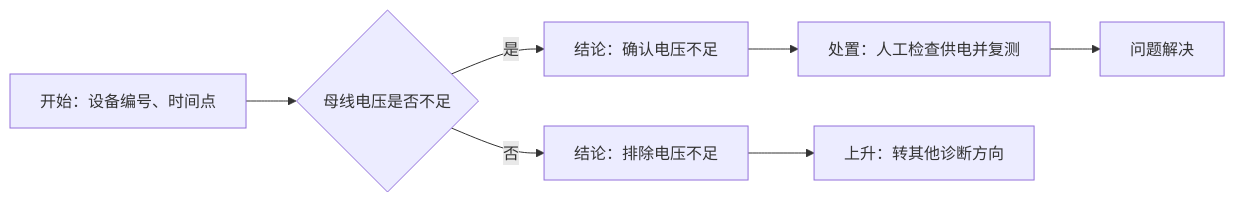
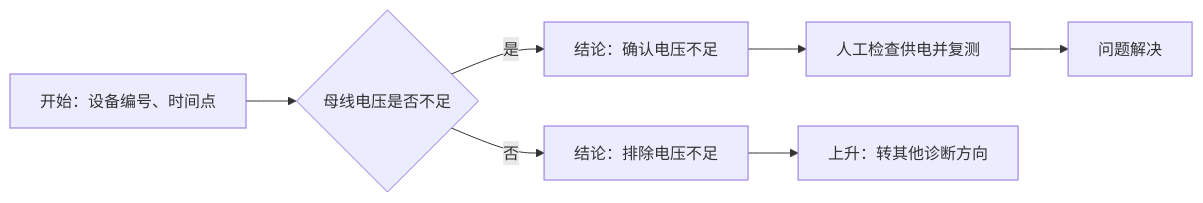
Before and after one commit to JeBooking/NewDiag: the first of 2 diagrams in examples/voltage/README.md, drawn with Mermaid. The commit also changed other lines of this file and 3 other files, not shown here.

````diff
--- a/examples/voltage/README.md
+++ b/examples/voltage/README.md
@@ -49,9 +28,9 @@
 ```mermaid
 flowchart LR
     S[开始：设备编号、时间点] --> Q{母线电压是否不足}
     Q -->|是| L[结论：确认电压不足]
-    L --> R[处置：人工检查供电并复测]
+    L --> R[人工检查供电并复测]
     R --> F[问题解决]
     Q -->|否| N[结论：排除电压不足]
     N --> E[上升：转其他诊断方向]
 ```
````
